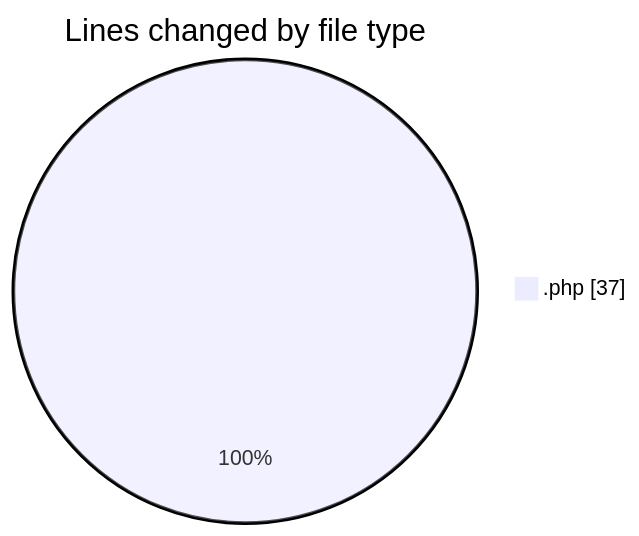
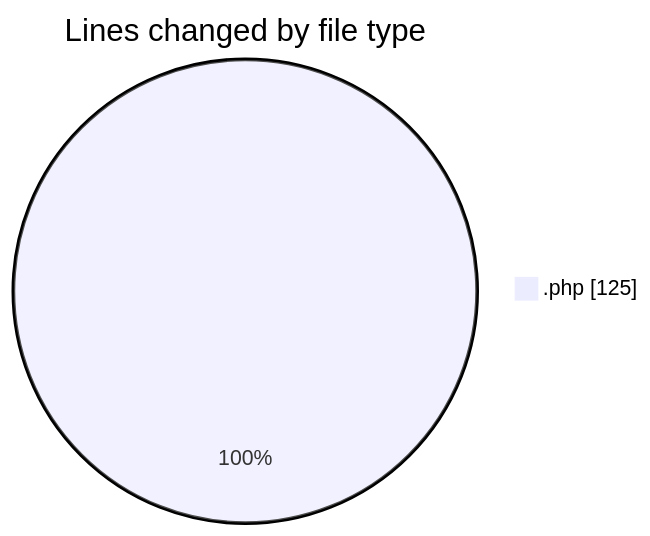
One commit to LanceThiago/code-tracking changed the first of 2 diagrams in 2025-11-18/web/README.md. Above: the diagram before and after it, drawn with Mermaid. The commit also changed other lines of this file and 1 other file, not shown here.

````diff
--- a/2025-11-18/web/README.md
+++ b/2025-11-18/web/README.md
@@ -20,5 +20,5 @@
 ```mermaid
 pie showData
 title Lines changed by file type
-".php" : 37
+".php" : 125
 ```
````
